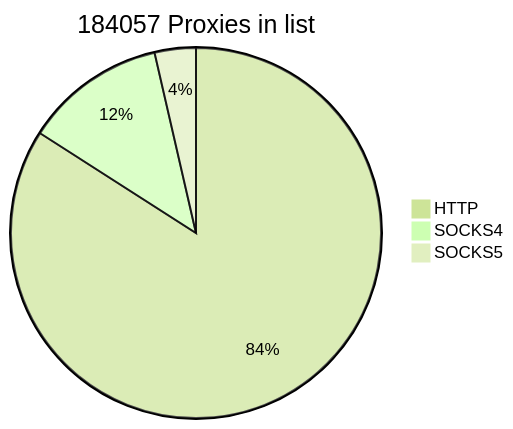
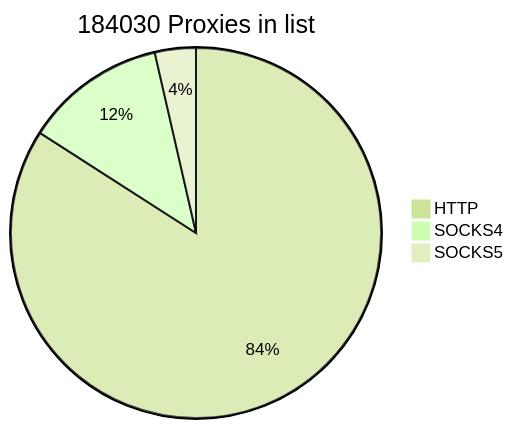
Before and after one commit to cutipu/proxylist: the first of 2 diagrams in README.md, drawn with Mermaid (forest theme). The commit also changed other lines of this file, not shown here.

````diff
--- a/README.md
+++ b/README.md
@@ -2,7 +2,7 @@
 ```mermaid
-pie title 184057 Proxies in list
+pie title 184030 Proxies in list
     "HTTP" : 154719
     "SOCKS4" : 22719
-    "SOCKS5" : 6619
+    "SOCKS5" : 6592
             
 ```
````
